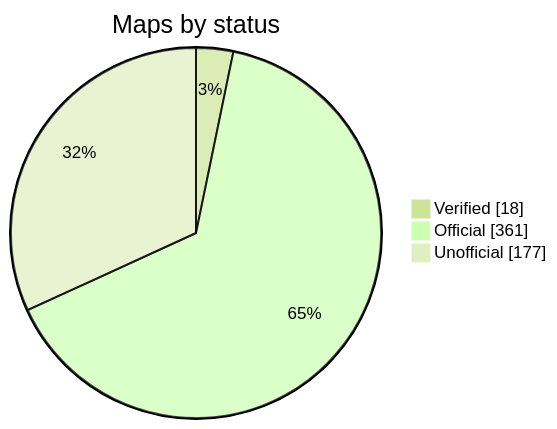
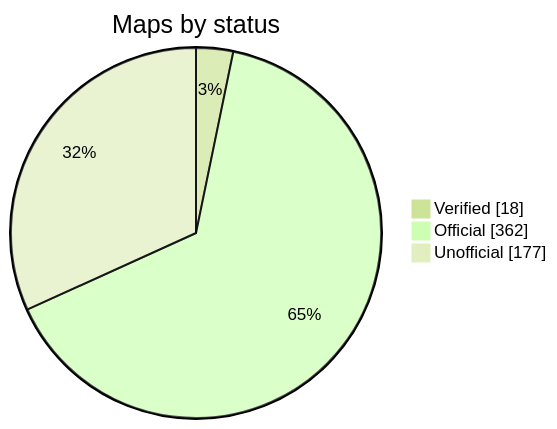
One commit to nobrega8/mbmap-library changed the diagram in README.md. Above: the diagram before and after it, drawn with Mermaid (forest theme). The commit also changed 6 other files, not shown here.

````diff
--- a/README.md
+++ b/README.md
@@ -52,7 +52,7 @@
 ```mermaid
 pie showData
     title Maps by status
     "Verified" : 18
-    "Official" : 361
+    "Official" : 362
     "Unofficial" : 177
 ```
````
